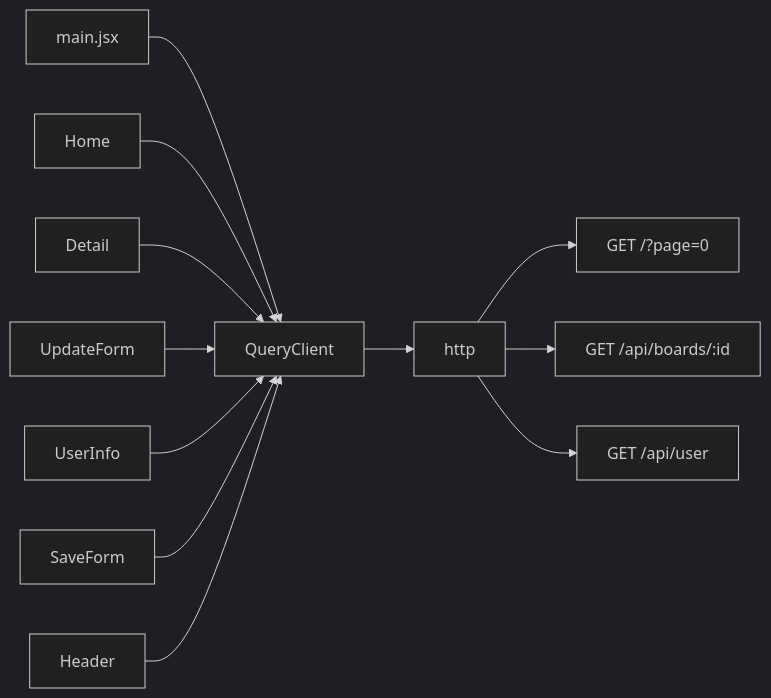
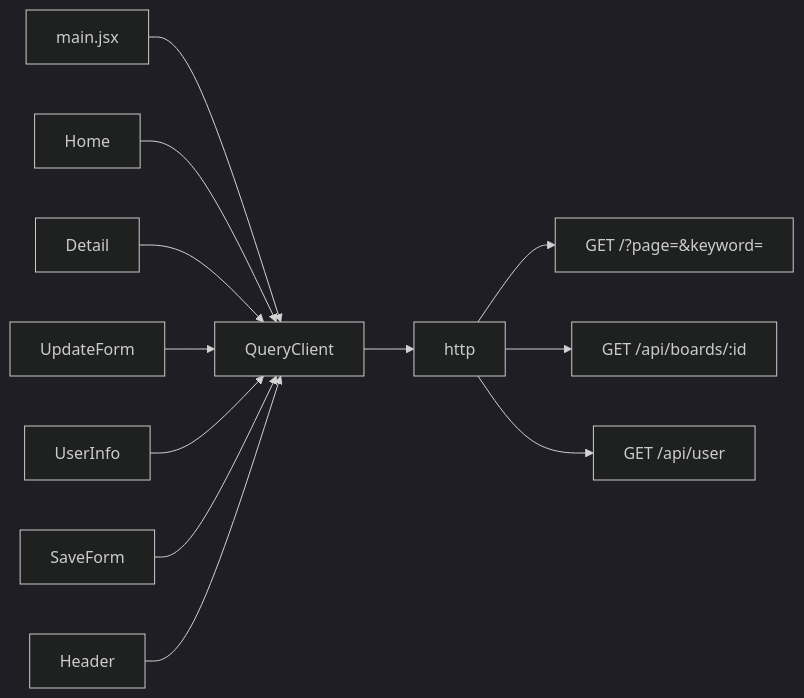
Before and after one commit to metakit-sorucecode/react-blog: diagram 14 of 15 in .projectcode/wiki/scenarios.md, drawn with Mermaid (dark theme). The commit also changed other lines of this file and 4 other files, not shown here.

````diff
--- a/.projectcode/wiki/scenarios.md
+++ b/.projectcode/wiki/scenarios.md
@@ -308,14 +317,14 @@
 ```mermaid
 flowchart LR
   A[main.jsx] --> B[QueryClient]
   C[Home] --> B
   D[Detail] --> B
   E[UpdateForm] --> B
   F[UserInfo] --> B
   G[SaveForm] --> B
   H[Header] --> B
   B --> I[http]
-  I --> J["GET /?page=0"]
+  I --> J["GET /?page=&keyword="]
   I --> K["GET /api/boards/:id"]
   I --> L["GET /api/user"]
 ```
````
